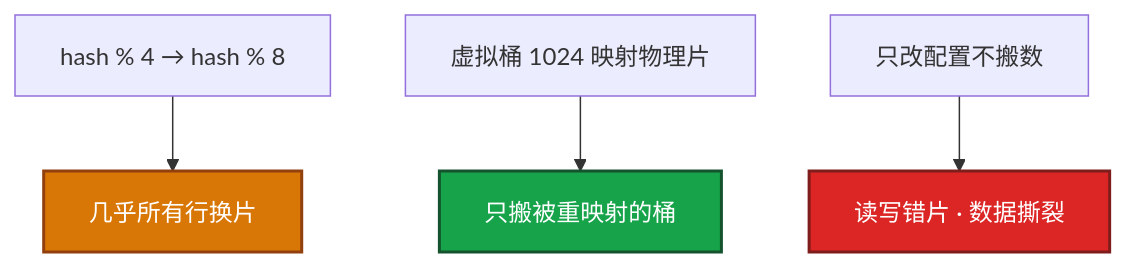
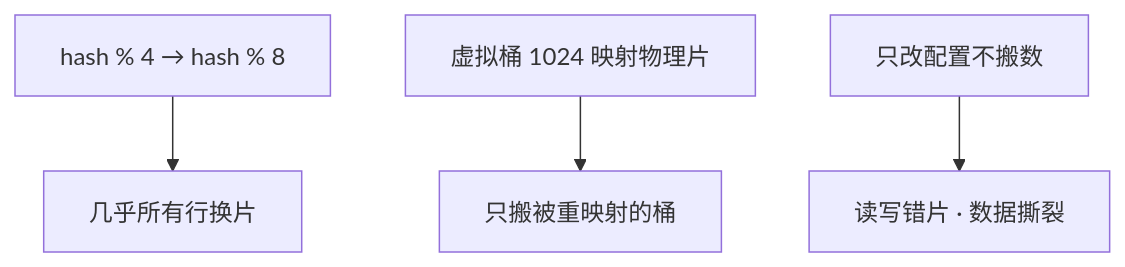
Before and after one commit to ml-cuizijun/LearnToLilith: the fifth of 6 diagrams in 02-中间件与数据库/07-分库分表与中间件/知识点.md, drawn with Mermaid. The commit also changed other lines of this file and 470 other files, not shown here.

````diff
--- a/02-中间件与数据库/07-分库分表与中间件/知识点.md
+++ b/02-中间件与数据库/07-分库分表与中间件/知识点.md
@@ -549,13 +539,10 @@
 ```mermaid
 flowchart TB
     a["hash % 4 → hash % 8"] --> b[几乎所有行换片]
     c[虚拟桶 1024 映射物理片] --> d[只搬被重映射的桶]
     e[只改配置不搬数] --> f[读写错片 · 数据撕裂]
 
-    classDef bad fill:#DC2626,stroke:#7F1D1D,stroke-width:2px,color:#fff
-    classDef ok fill:#16A34A,stroke:#14532D,stroke-width:2px,color:#fff
-    classDef mid fill:#D97706,stroke:#92400E,stroke-width:2px,color:#fff
     class f bad
     class d ok
     class b mid
 ```
````
